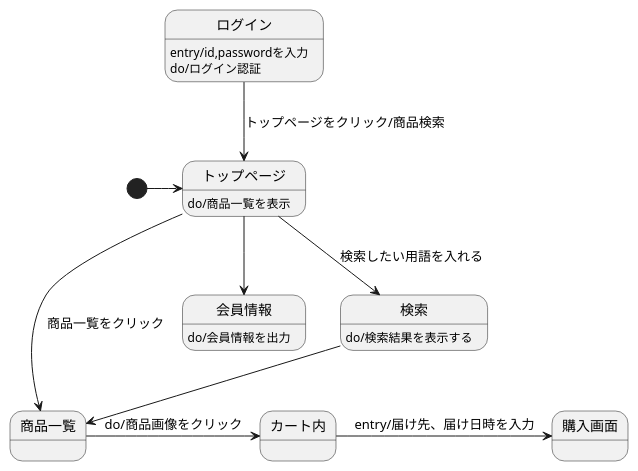
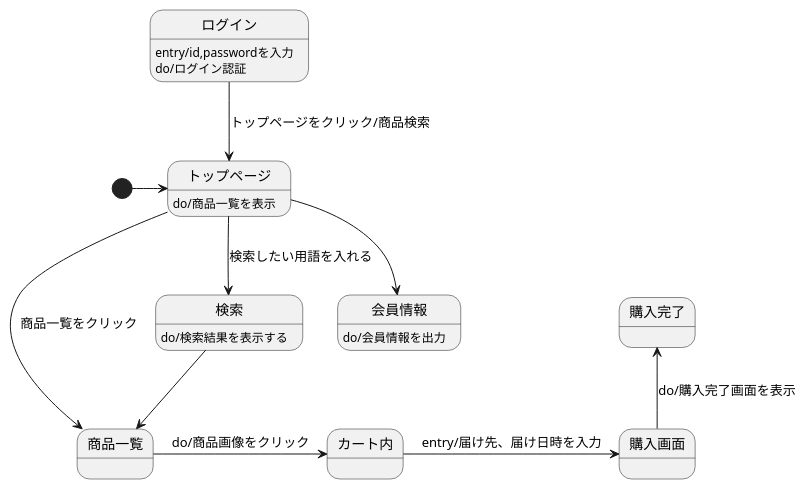
Before and after one commit to Aso2001224/2021sys-design: the diagram in 画面遷移図(original).md, drawn with PlantUML.

````diff
--- a/画面遷移図(original).md
+++ b/画面遷移図(original).md
@@ -1,17 +1,18 @@
 ```uml
 @startuml
 [*]->トップページ
 トップページ:do/商品一覧を表示
 ログイン-->トップページ:トップページをクリック/商品検索
 ログイン:entry/id,passwordを入力
 ログイン:do/ログイン認証
 トップページ-->会員情報
 会員情報:do/会員情報を出力
 トップページ-->検索 :検索したい用語を入れる
 検索:do/検索結果を表示する
 トップページ-->商品一覧 :商品一覧をクリック
 検索-->商品一覧
 商品一覧-right->カート内: do/商品画像をクリック
 カート内-right-> 購入画面:entry/届け先、届け日時を入力
+購入画面-up->購入完了:do/購入完了画面を表示
 @enduml
 ```
````
